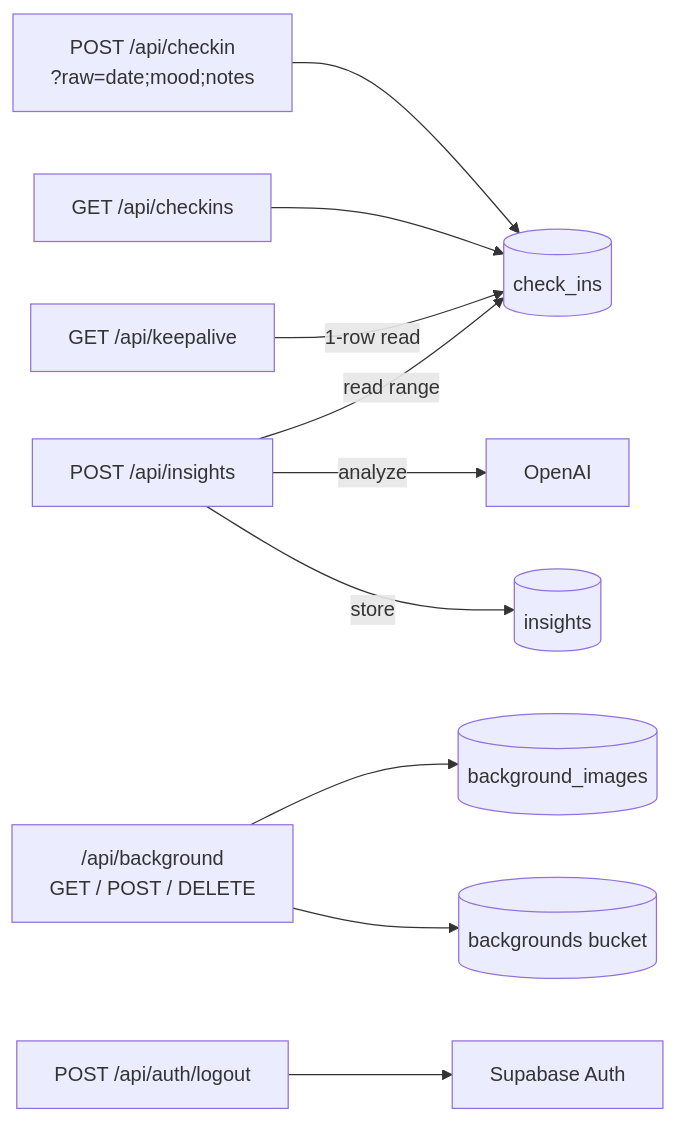
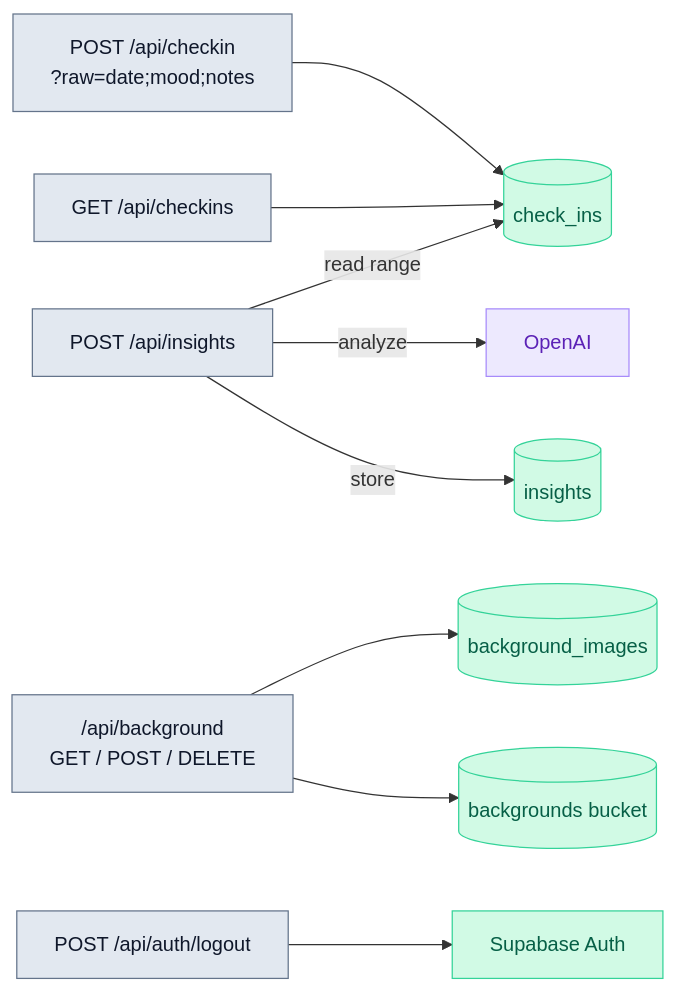
The second of 2 diagrams in README.md (dhu2022-dev/mental-health-checkin), drawn with Mermaid before and after one commit. The commit also changed other lines of this file, not shown here.

````diff
--- a/README.md
+++ b/README.md
@@ -29,15 +45,22 @@
 ```mermaid
 flowchart LR
     checkin["POST /api/checkin<br/>?raw=date;mood;notes"] --> check_ins[("check_ins")]
     checkins["GET /api/checkins"] --> check_ins
-    keepalive["GET /api/keepalive"] -->|"1-row read"| check_ins
 
     insights["POST /api/insights"] -->|"read range"| check_ins
     insights -->|"analyze"| openai["OpenAI"]
     insights -->|"store"| insights_t[("insights")]
 
     background["/api/background<br/>GET / POST / DELETE"] --> bg_t[("background_images")]
     background --> bucket[("backgrounds bucket")]
 
     logout["POST /api/auth/logout"] --> auth["Supabase Auth"]
+
+    classDef route fill:#e2e8f0,stroke:#64748b,color:#0f172a
+    classDef supa fill:#d1fae5,stroke:#34d399,color:#065f46
+    classDef ai fill:#ede9fe,stroke:#a78bfa,color:#5b21b6
+
+    class checkin,checkins,insights,background,logout route
+    class check_ins,insights_t,bg_t,bucket,auth supa
+    class openai ai
 ```
````
